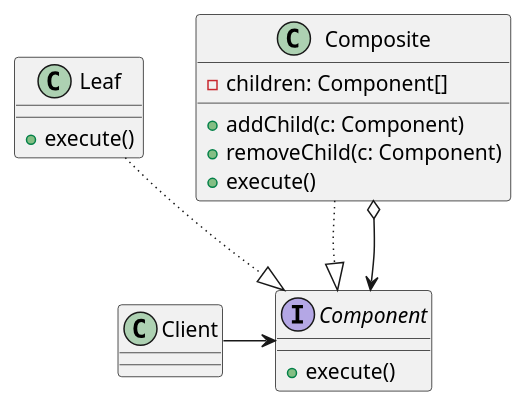
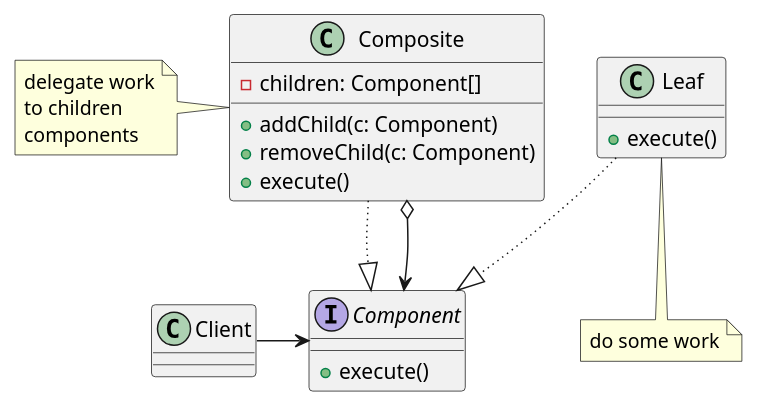
Before and after one commit to gyoridavid/design-patterns-typescript: the diagram in src/composite/composite.puml, drawn with PlantUML. The commit also changed 6 other files, not shown here.

```diff
--- a/src/composite/composite.puml
+++ b/src/composite/composite.puml
@@ -1,25 +1,35 @@
 @startuml
 
 class Client {}
 
 interface Component {
     + execute()
 }
 
 class Leaf {
     + execute()
 }
 
 class Composite {
     - children: Component[]
     + addChild(c: Component)
     + removeChild(c: Component)
     + execute()
 }
 
 Leaf -[dotted]-|> Component
 Composite -[dotted]-|> Component
 Composite o--> Component
 Client -> Component
 
+note left of Composite
+    delegate work
+    to children
+    components
+end note
+
+note bottom of Leaf
+    do some work
+end note
+
 @enduml
```
